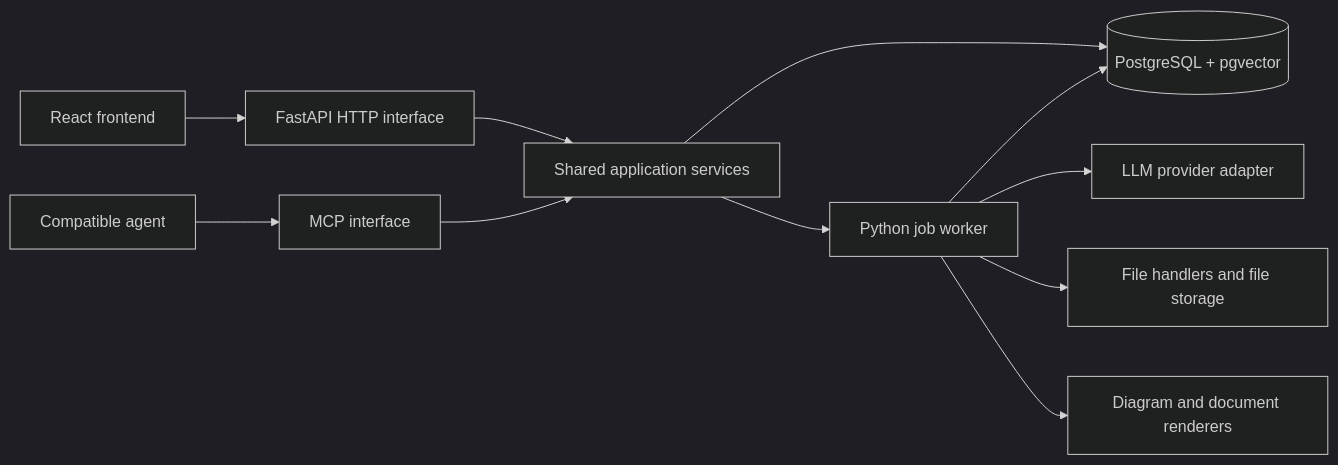
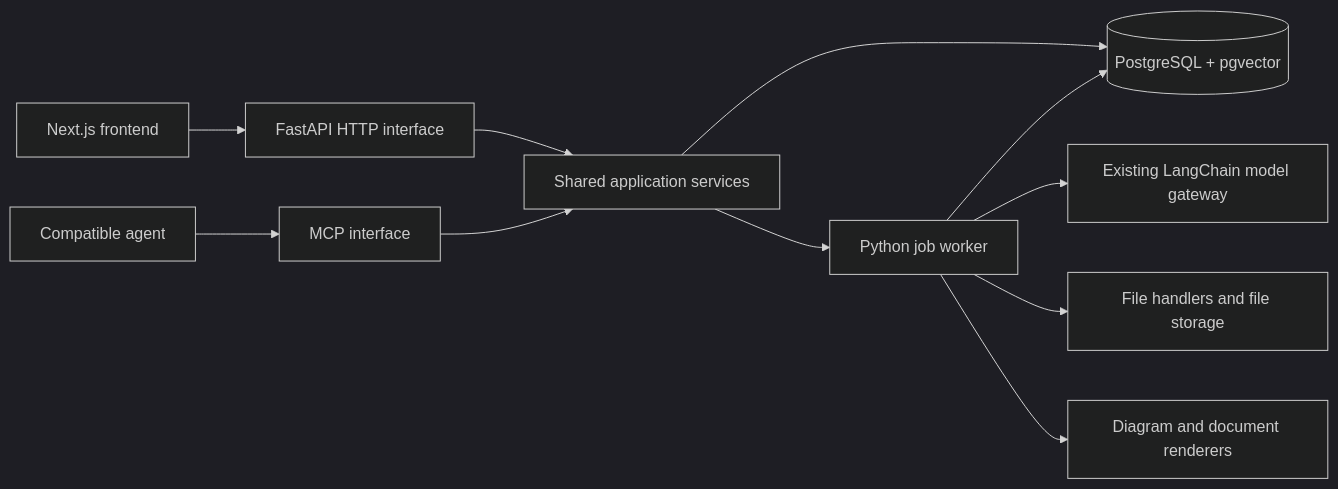
One commit to sunkanmi-olawuwo/note-foundry changed the diagram in README.md. Above: the diagram before and after it, drawn with Mermaid (dark theme). The commit also changed other lines of this file and 12 other files, not shown here.

````diff
--- a/README.md
+++ b/README.md
@@ -20,13 +22,13 @@
 ```mermaid
 flowchart LR
-    UI[React frontend] --> API[FastAPI HTTP interface]
+    UI[Next.js frontend] --> API[FastAPI HTTP interface]
     Agent[Compatible agent] --> MCP[MCP interface]
     API --> Core[Shared application services]
     MCP --> Core
     Core --> DB[(PostgreSQL + pgvector)]
     Core --> Worker[Python job worker]
     Worker --> DB
-    Worker --> LLM[LLM provider adapter]
+    Worker --> LLM[Existing LangChain model gateway]
     Worker --> Files[File handlers and file storage]
     Worker --> Render[Diagram and document renderers]
 ```
````
